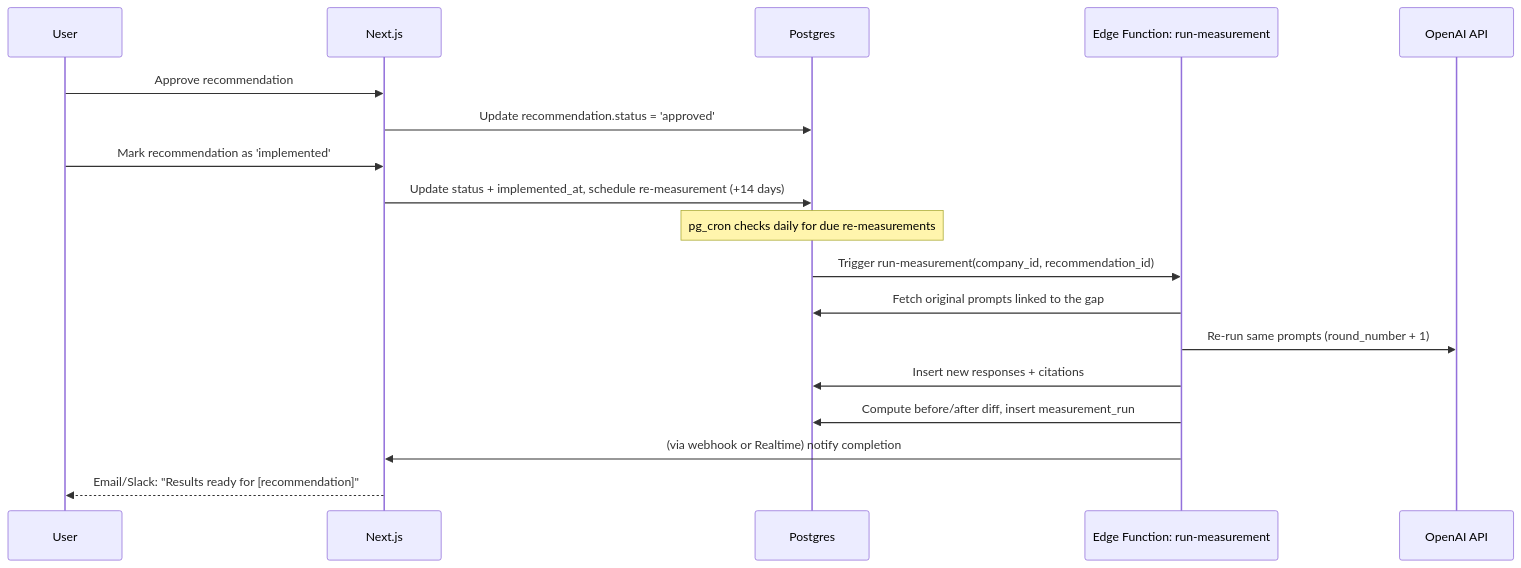
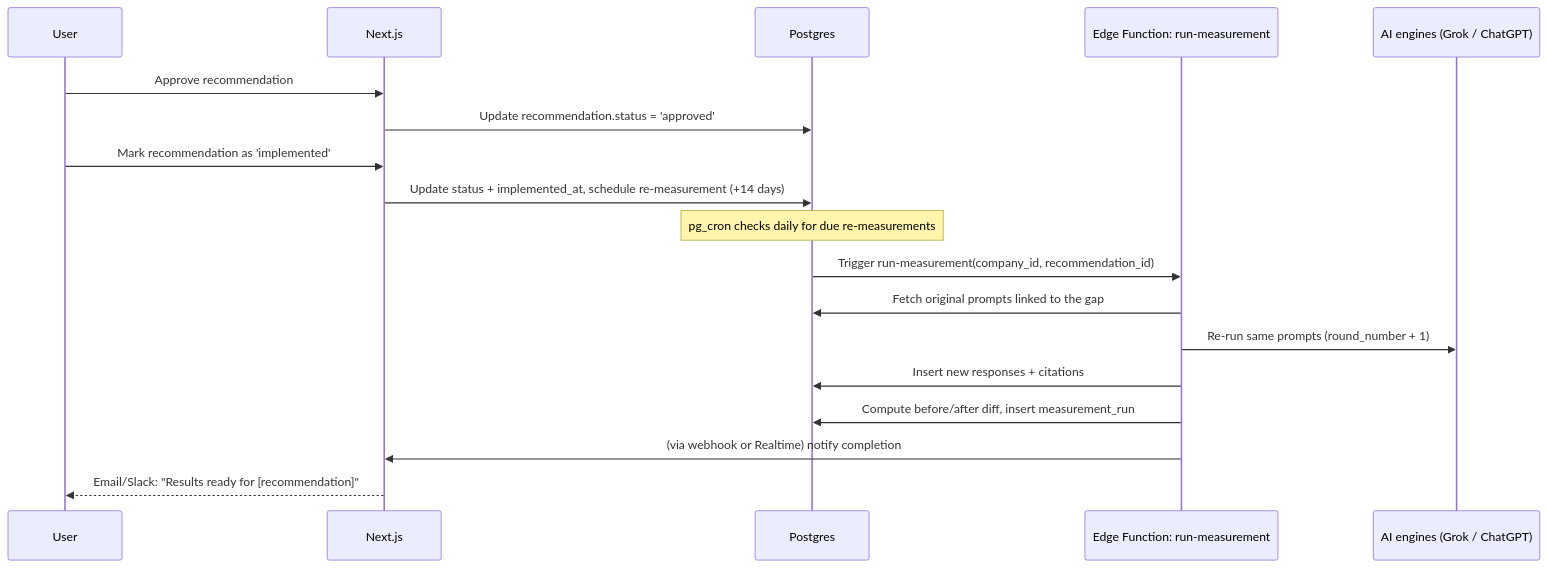
Before and after one commit to syedazmath01/neptune: the fourth of 5 diagrams in archicture.md, drawn with Mermaid. The commit also changed other lines of this file and 76 other files, not shown here.

````diff
--- a/archicture.md
+++ b/archicture.md
@@ -489,21 +489,21 @@
 ```mermaid
 sequenceDiagram
     participant U as User
     participant N as Next.js
     participant S as Postgres
     participant EF as Edge Function: run-measurement
-    participant AI as OpenAI API
+    participant AI as AI engines (Grok / ChatGPT)
 
     U->>N: Approve recommendation
     N->>S: Update recommendation.status = 'approved'
     U->>N: Mark recommendation as 'implemented'
     N->>S: Update status + implemented_at, schedule re-measurement (+14 days)
     Note over S: pg_cron checks daily for due re-measurements
     S->>EF: Trigger run-measurement(company_id, recommendation_id)
     EF->>S: Fetch original prompts linked to the gap
     EF->>AI: Re-run same prompts (round_number + 1)
     EF->>S: Insert new responses + citations
     EF->>S: Compute before/after diff, insert measurement_run
     EF->>N: (via webhook or Realtime) notify completion
     N-->>U: Email/Slack: "Results ready for [recommendation]"
 ```
````
